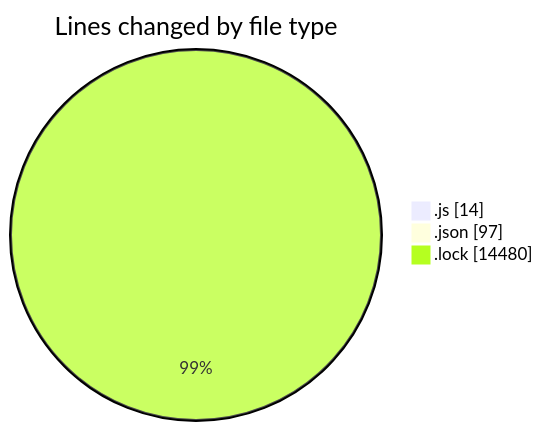
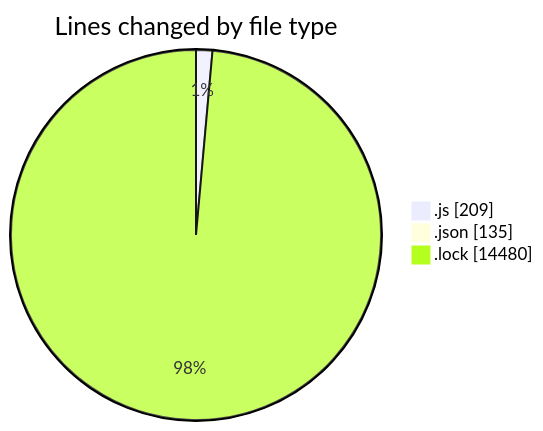
Before and after one commit to momahboobian/code-tracking: the first of 2 diagrams in 2025-12-18/cda/README.md, drawn with Mermaid. The commit also changed other lines of this file and 1 other file, not shown here.

````diff
--- a/2025-12-18/cda/README.md
+++ b/2025-12-18/cda/README.md
@@ -25,7 +29,7 @@
 ```mermaid
 pie showData
 title Lines changed by file type
-".js" : 14
-".json" : 97
+".js" : 209
+".json" : 135
 ".lock" : 14480
 ```
````
